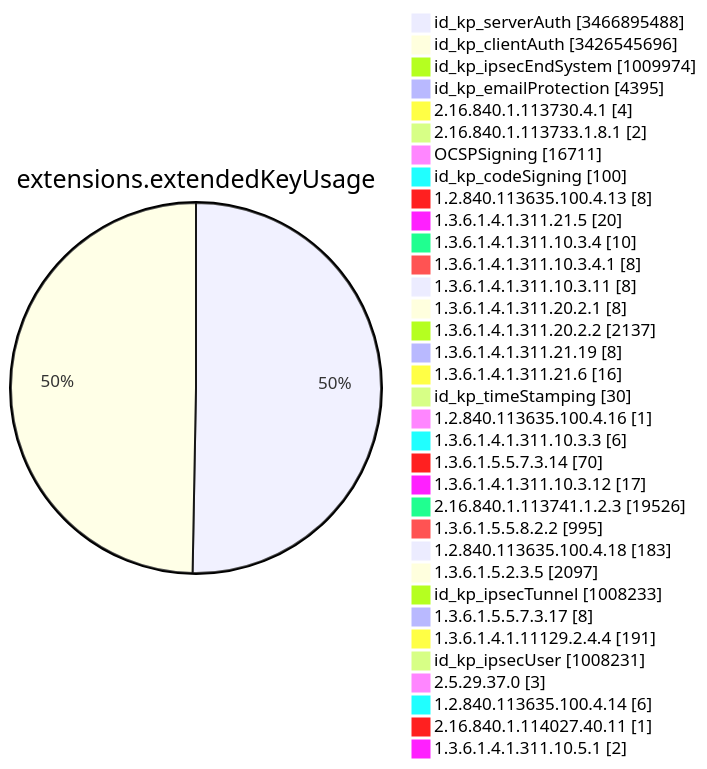
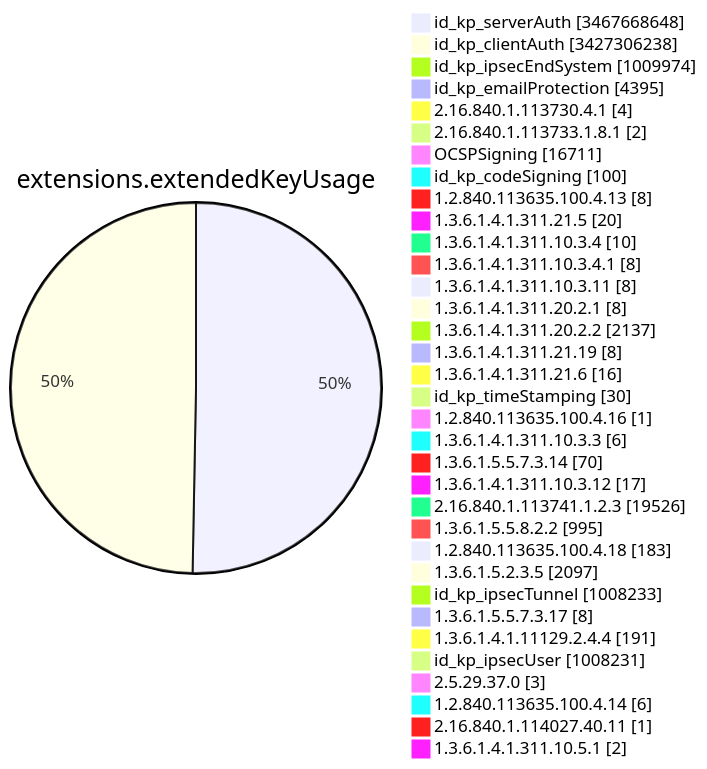
Before and after one commit to christiankrug/ctmonitor_visualization: diagram 11 of 15 in TOTAL/README.md, drawn with Mermaid. The commit also changed other lines of this file, not shown here.

````diff
--- a/TOTAL/README.md
+++ b/TOTAL/README.md
@@ -4123,38 +4123,38 @@
 ```mermaid
 pie showData
 title extensions.extendedKeyUsage
-"id_kp_serverAuth" :3466895488
-"id_kp_clientAuth" :3426545696
+"id_kp_serverAuth" :3467668648
+"id_kp_clientAuth" :3427306238
 "id_kp_ipsecEndSystem" :1009974
 "id_kp_emailProtection" :4395
 "2.16.840.1.113730.4.1" :4
 "2.16.840.1.113733.1.8.1" :2
 "OCSPSigning" :16711
 "id_kp_codeSigning" :100
 "1.2.840.113635.100.4.13" :8
 "1.3.6.1.4.1.311.21.5" :20
 "1.3.6.1.4.1.311.10.3.4" :10
 "1.3.6.1.4.1.311.10.3.4.1" :8
 "1.3.6.1.4.1.311.10.3.11" :8
 "1.3.6.1.4.1.311.20.2.1" :8
 "1.3.6.1.4.1.311.20.2.2" :2137
 "1.3.6.1.4.1.311.21.19" :8
 "1.3.6.1.4.1.311.21.6" :16
 "id_kp_timeStamping" :30
 "1.2.840.113635.100.4.16" :1
 "1.3.6.1.4.1.311.10.3.3" :6
 "1.3.6.1.5.5.7.3.14" :70
 "1.3.6.1.4.1.311.10.3.12" :17
 "2.16.840.1.113741.1.2.3" :19526
 "1.3.6.1.5.5.8.2.2" :995
 "1.2.840.113635.100.4.18" :183
 "1.3.6.1.5.2.3.5" :2097
 "id_kp_ipsecTunnel" :1008233
 "1.3.6.1.5.5.7.3.17" :8
 "1.3.6.1.4.1.11129.2.4.4" :191
 "id_kp_ipsecUser" :1008231
 "2.5.29.37.0" :3
 "1.2.840.113635.100.4.14" :6
 "2.16.840.1.114027.40.11" :1
 "1.3.6.1.4.1.311.10.5.1" :2
 ```
````
